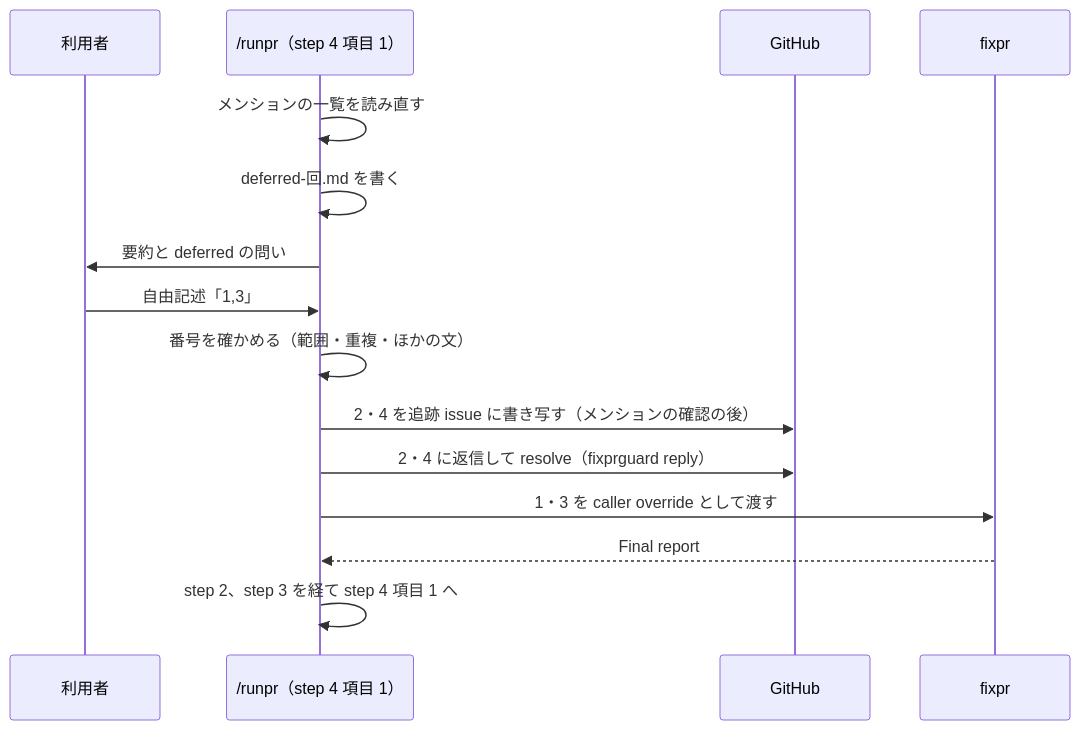
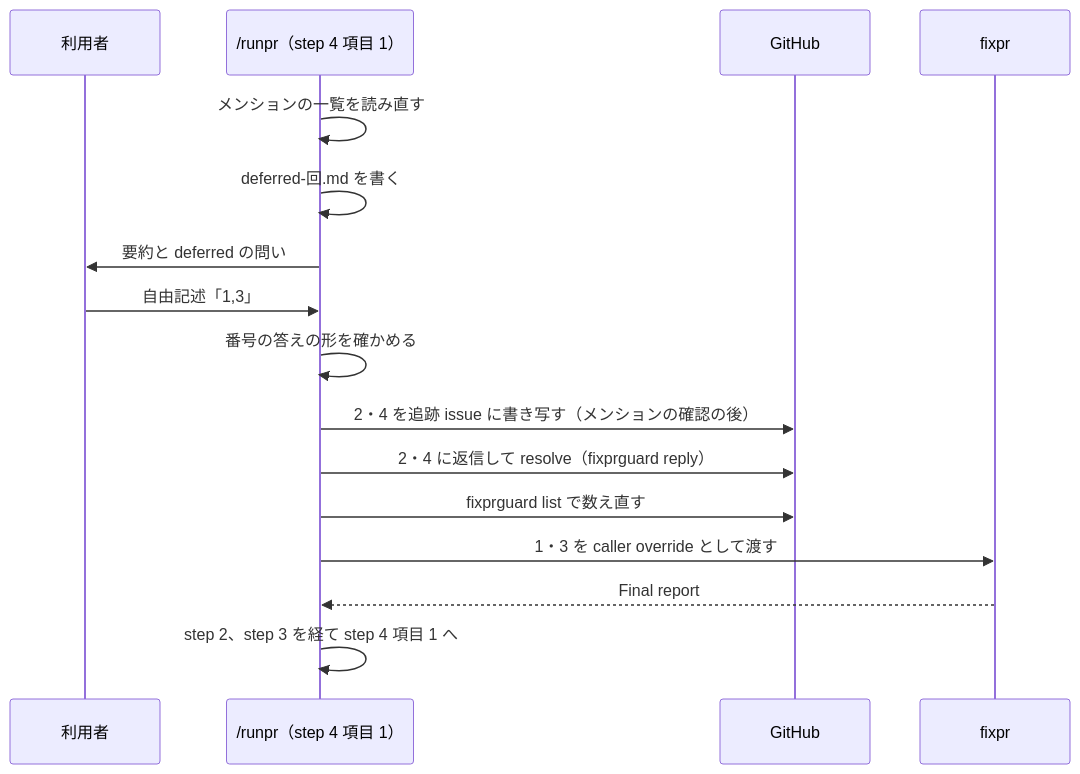
The fifth of 5 diagrams in docs/tasks/0089_runpr_merge_question/02_architecture.md (isseis/yt2column), drawn with Mermaid before and after one commit. The commit also changed other lines of this file, not shown here.

First line of the commit message:
docs(0089): address the review of the architecture draft

````diff
--- a/docs/tasks/0089_runpr_merge_question/02_architecture.md
+++ b/docs/tasks/0089_runpr_merge_question/02_architecture.md
@@ -493,18 +528,19 @@
 ```mermaid
 sequenceDiagram
     participant U as 利用者
     participant R as /runpr（step 4 項目 1）
     participant G as GitHub
     participant F as fixpr
 
     R->>R: メンションの一覧を読み直す
     R->>R: deferred-回.md を書く
     R->>U: 要約と deferred の問い
     U->>R: 自由記述「1,3」
-    R->>R: 番号を確かめる（範囲・重複・ほかの文）
+    R->>R: 番号の答えの形を確かめる
     R->>G: 2・4 を追跡 issue に書き写す（メンションの確認の後）
     R->>G: 2・4 に返信して resolve（fixprguard reply）
+    R->>G: fixprguard list で数え直す
     R->>F: 1・3 を caller override として渡す
     F-->>R: Final report
     R->>R: step 2、step 3 を経て step 4 項目 1 へ
 ```
````
